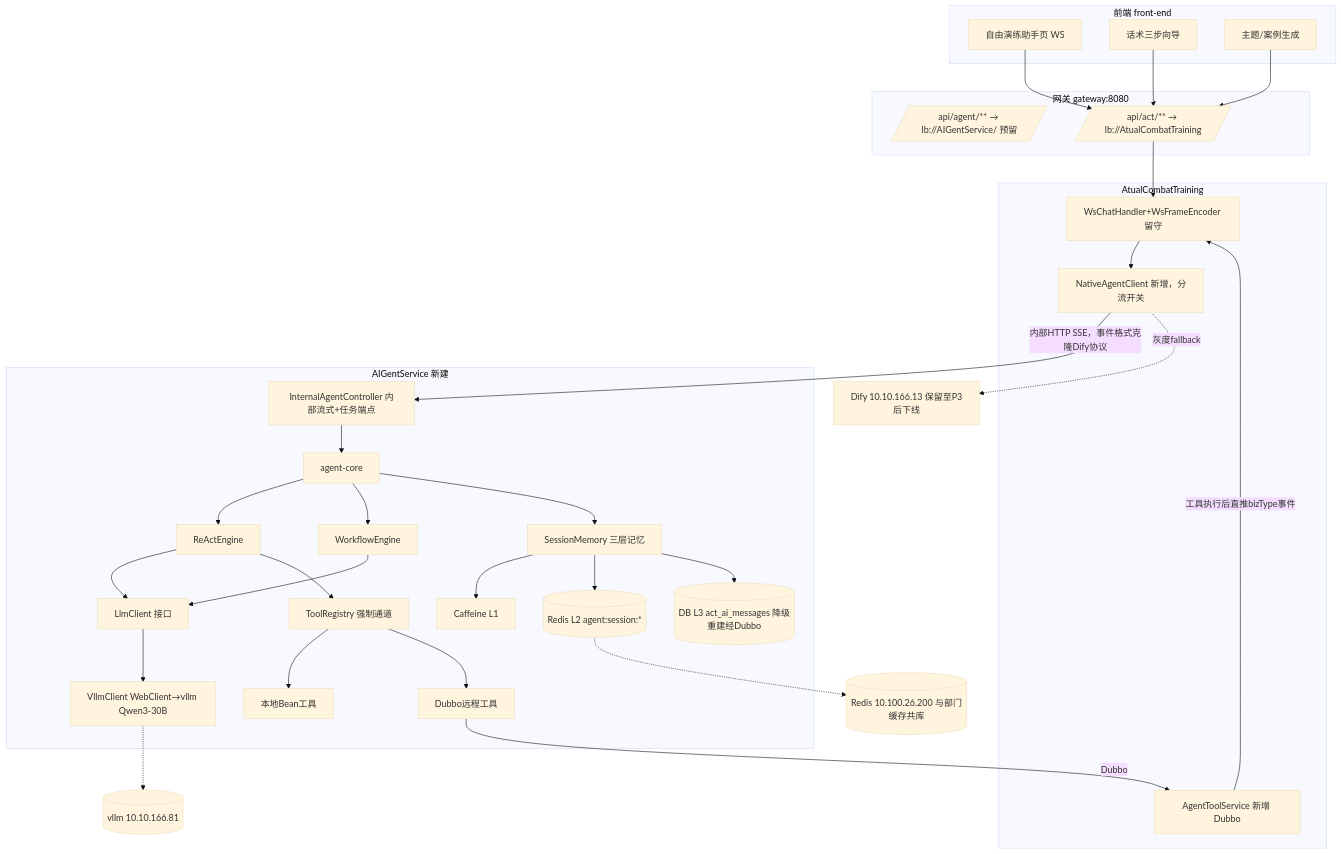
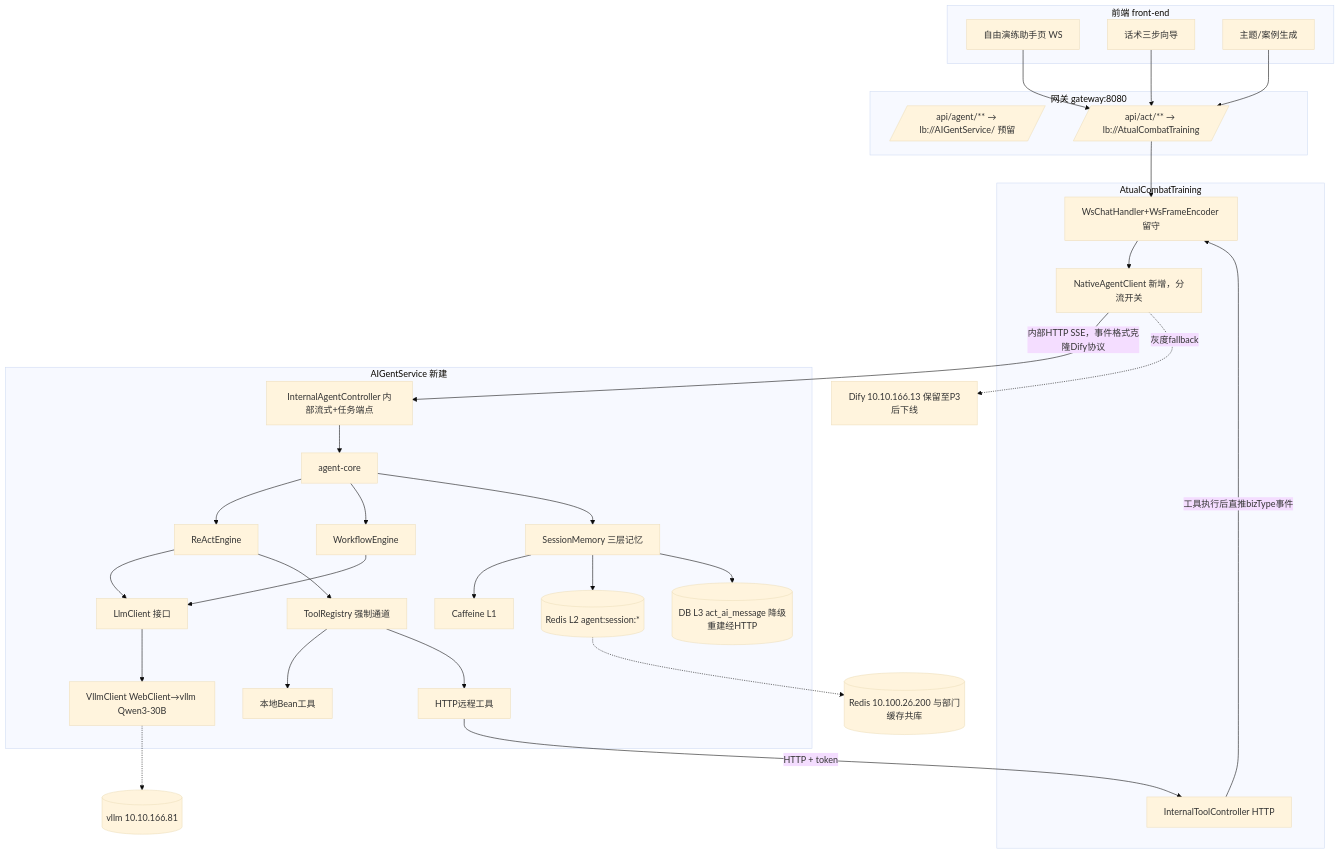
The diagram in AIGentService智能体迁移/02-技术实现方案.md (ChinsesFoundingFatherOfTheFatherOfJAVA/final-dream-plan), drawn with Mermaid (base theme) before and after one commit. The commit also changed other lines of this file and 4 other files, not shown here.

````diff
--- a/AIGentService智能体迁移/02-技术实现方案.md
+++ b/AIGentService智能体迁移/02-技术实现方案.md
@@ -14,40 +16,40 @@
 ```mermaid
 flowchart TB
     subgraph 前端 front-end
         A[自由演练助手页 WS] 
         B[话术三步向导]
         C[主题/案例生成]
     end
     subgraph 网关 gateway:8080
         G1[/api/agent/** → lb://AIGentService/ 预留/]
         G2[/api/act/** → lb://AtualCombatTraining/]
     end
     subgraph AtualCombatTraining
         W[WsChatHandler+WsFrameEncoder 留守]
         NC[NativeAgentClient 新增，分流开关]
-        TS[AgentToolService 新增 Dubbo]
+        TS[InternalToolController HTTP]
     end
     subgraph AIGentService 新建
         D[InternalAgentController 内部流式+任务端点] --> E[agent-core]
         E --> F1[ReActEngine]
         E --> F2[WorkflowEngine]
         F1 & F2 --> G[LlmClient 接口]
         G --> H[VllmClient WebClient→vllm Qwen3-30B]
         F1 --> I[ToolRegistry 强制通道]
         I --> I1[本地Bean工具]
-        I --> I2[Dubbo远程工具]
+        I --> I2[HTTP远程工具]
         E --> J[SessionMemory 三层记忆]
         J --> K[Caffeine L1]
         J --> L[(Redis L2 agent:session:*)]
-        J --> M[(DB L3 act_ai_messages 降级重建经Dubbo)]
+        J --> M[(DB L3 act_ai_message 降级重建经HTTP)]
     end
     A --> G2 --> W
     W --> NC
     NC -->|内部HTTP SSE，事件格式克隆Dify协议| D
     B & C --> G2
-    I2 -->|Dubbo| TS
+    I2 -->|HTTP + token| TS
     TS -->|工具执行后直推bizType事件| W
     H -.-> O[(vllm 10.10.166.81)]
     L -.-> P[(Redis 10.100.26.200 与部门缓存共库)]
     NC -.->|灰度fallback| Q[Dify 10.10.166.13 保留至P3后下线]
 ```
````
